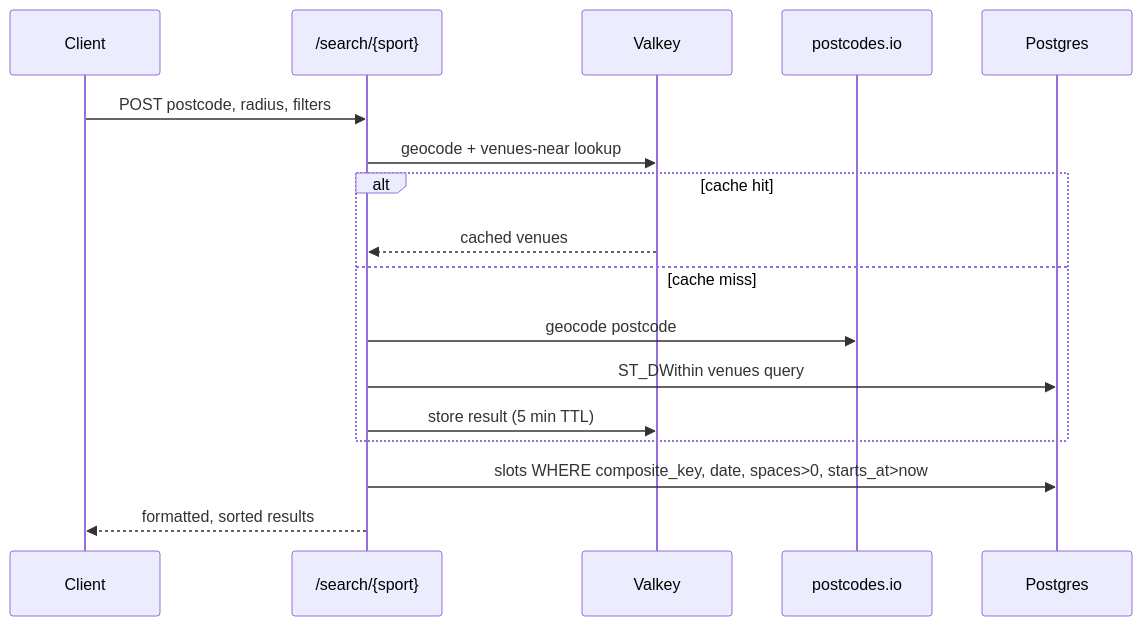
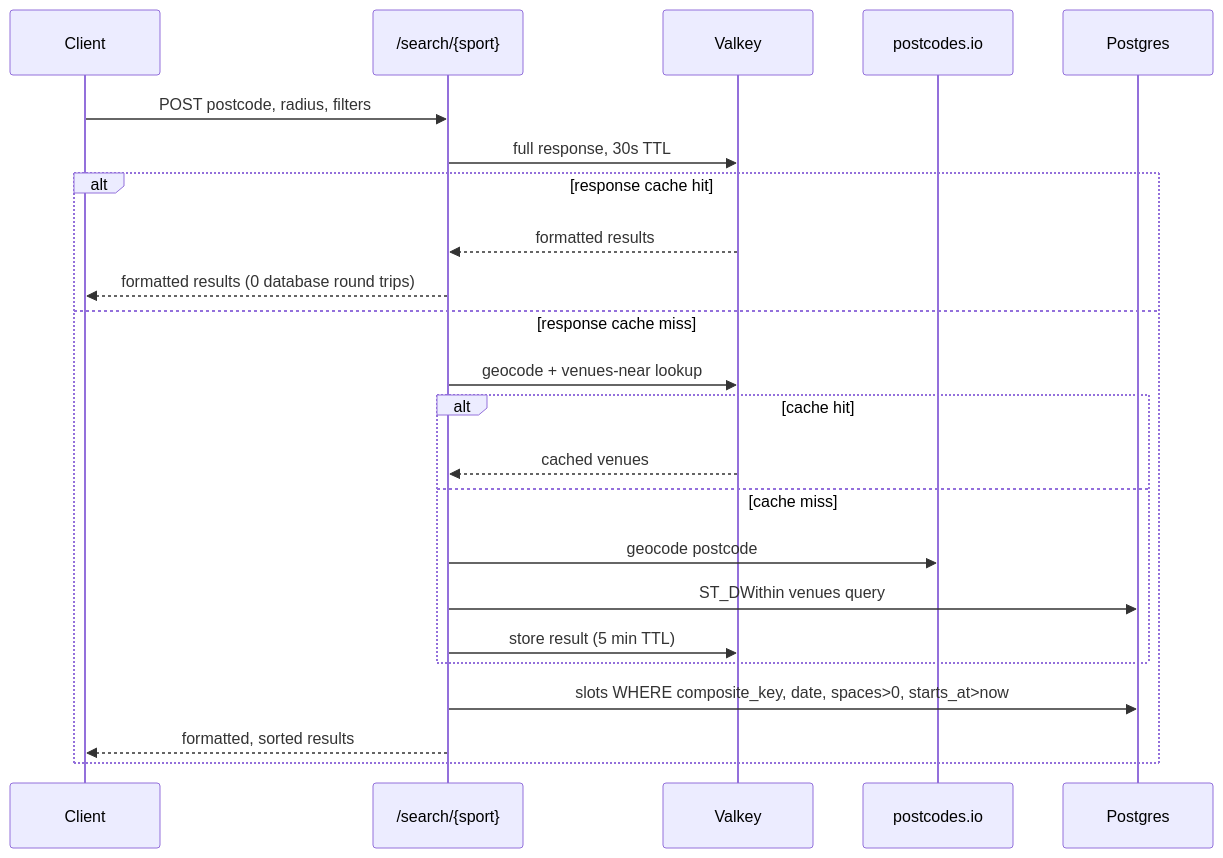
Before and after one commit to sportscanner/app-crawlers: the diagram in docs/api.md, drawn with Mermaid. The commit also changed other lines of this file and 9 other files, not shown here.

````diff
--- a/docs/api.md
+++ b/docs/api.md
@@ -8,20 +8,26 @@
 ```mermaid
 sequenceDiagram
     participant Client
     participant SearchAPI as /search/{sport}
     participant Cache as Valkey
     participant PostcodesIO as postcodes.io
     participant DB as Postgres
 
     Client->>SearchAPI: POST postcode, radius, filters
-    SearchAPI->>Cache: geocode + venues-near lookup
-    alt cache hit
-        Cache-->>SearchAPI: cached venues
-    else cache miss
-        SearchAPI->>PostcodesIO: geocode postcode
-        SearchAPI->>DB: ST_DWithin venues query
-        SearchAPI->>Cache: store result (5 min TTL)
+    SearchAPI->>Cache: full response, 30s TTL
+    alt response cache hit
+        Cache-->>SearchAPI: formatted results
+        SearchAPI-->>Client: formatted results (0 database round trips)
+    else response cache miss
+        SearchAPI->>Cache: geocode + venues-near lookup
+        alt cache hit
+            Cache-->>SearchAPI: cached venues
+        else cache miss
+            SearchAPI->>PostcodesIO: geocode postcode
+            SearchAPI->>DB: ST_DWithin venues query
+            SearchAPI->>Cache: store result (5 min TTL)
+        end
+        SearchAPI->>DB: slots WHERE composite_key, date, spaces>0, starts_at>now
+        SearchAPI-->>Client: formatted, sorted results
     end
-    SearchAPI->>DB: slots WHERE composite_key, date, spaces>0, starts_at>now
-    SearchAPI-->>Client: formatted, sorted results
 ```
````
